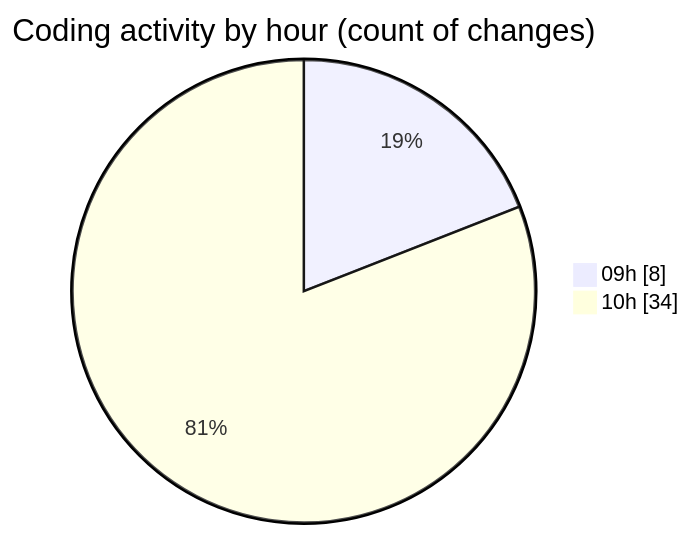
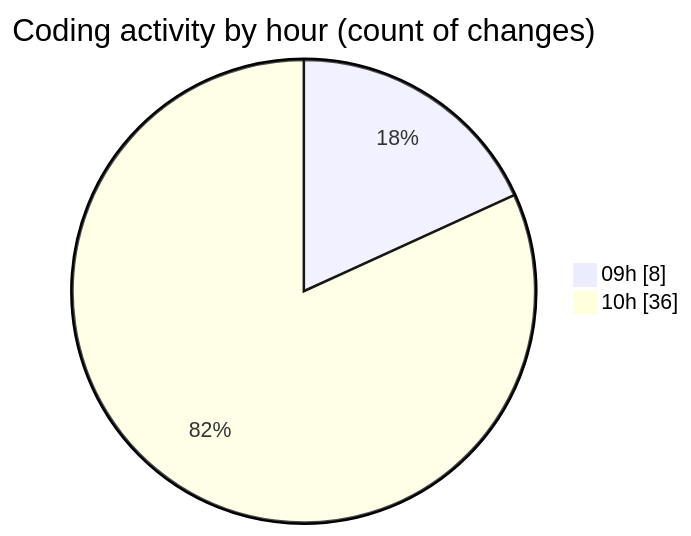
The second of 2 diagrams in 2025-09-01/cda/README.md (momahboobian/code-tracking), drawn with Mermaid before and after one commit. The commit also changed other lines of this file and 1 other file, not shown here.

````diff
--- a/2025-09-01/cda/README.md
+++ b/2025-09-01/cda/README.md
@@ -37,6 +37,6 @@
 ```mermaid
 pie showData
 title Coding activity by hour (count of changes)
 "09h" : 8
-"10h" : 34
+"10h" : 36
 ```
````
